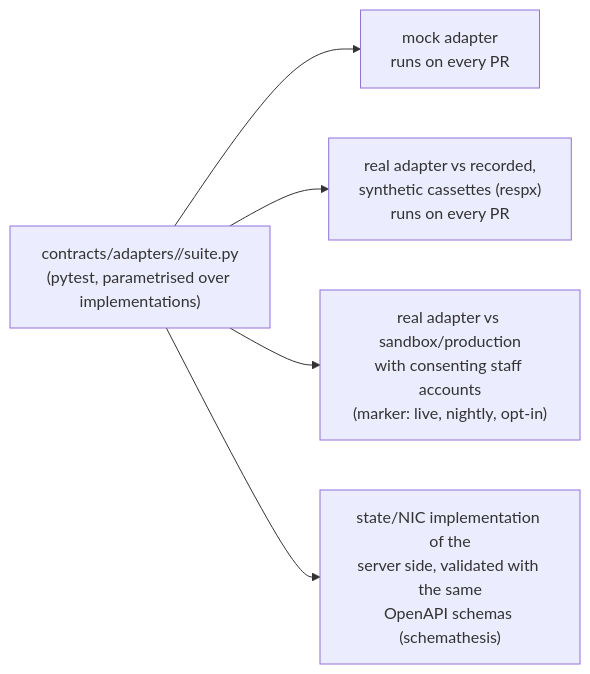
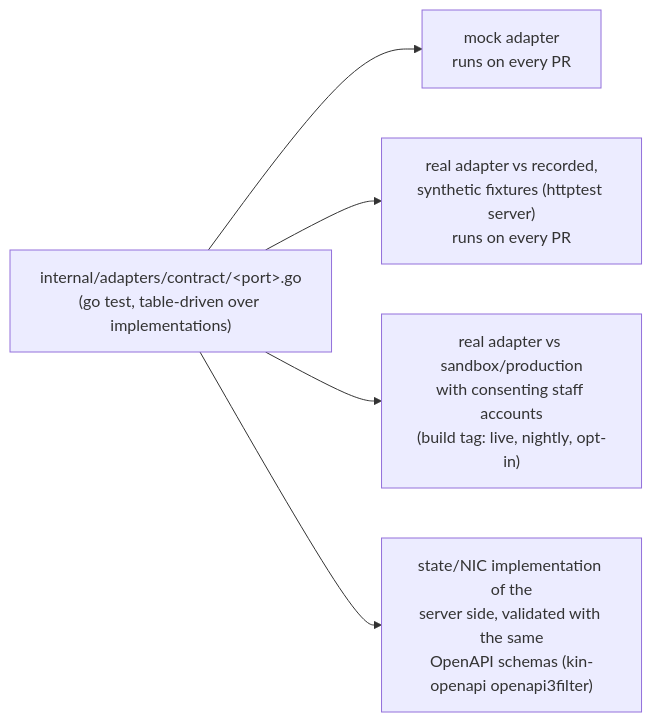
One commit to sruj08/margadarshak changed the fifth of 14 diagrams in docs/03-engineering/ARCHITECTURE.md. Above: the diagram before and after it, drawn with Mermaid. The commit also changed other lines of this file and 1326 other files, not shown here.

````diff
--- a/docs/03-engineering/ARCHITECTURE.md
+++ b/docs/03-engineering/ARCHITECTURE.md
@@ -317,8 +341,8 @@
 ```mermaid
 flowchart LR
-  SUITE["contracts/adapters/<port>/suite.py<br/>(pytest, parametrised over implementations)"]
+  SUITE["internal/adapters/contract/&lt;port&gt;.go<br/>(go test, table-driven over implementations)"]
   SUITE --> MOCK["mock adapter<br/>runs on every PR"]
-  SUITE --> REC["real adapter vs recorded,<br/>synthetic cassettes (respx)<br/>runs on every PR"]
-  SUITE --> LIVE["real adapter vs sandbox/production<br/>with consenting staff accounts<br/>(marker: live, nightly, opt-in)"]
-  SUITE --> STATE["state/NIC implementation of the<br/>server side, validated with the same<br/>OpenAPI schemas (schemathesis)"]
+  SUITE --> REC["real adapter vs recorded,<br/>synthetic fixtures (httptest server)<br/>runs on every PR"]
+  SUITE --> LIVE["real adapter vs sandbox/production<br/>with consenting staff accounts<br/>(build tag: live, nightly, opt-in)"]
+  SUITE --> STATE["state/NIC implementation of the<br/>server side, validated with the same<br/>OpenAPI schemas (kin-openapi openapi3filter)"]
 ```
````
